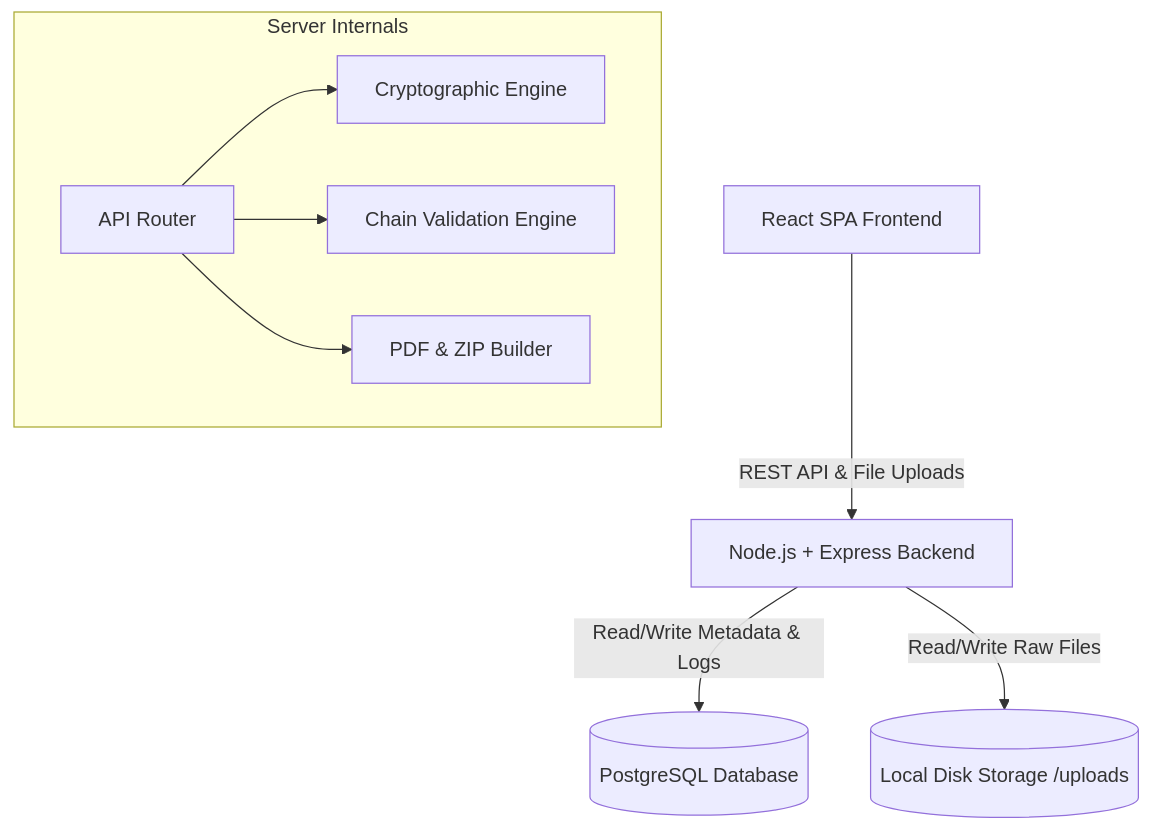
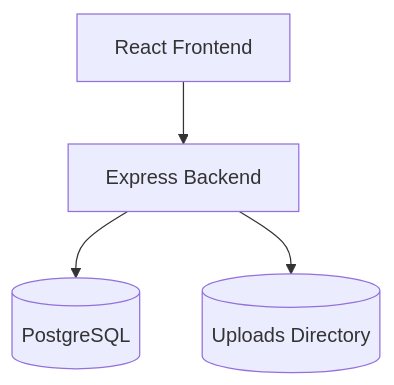
Before and after one commit to Jayaditya-kushwah/TRACE: the diagram in specs/001-trace/plan.md, drawn with Mermaid. The commit also changed other lines of this file and 25 other files, not shown here.

````diff
--- a/specs/001-trace/plan.md
+++ b/specs/001-trace/plan.md
@@ -7,17 +72,11 @@
 ```mermaid
 graph TD
-    Client[React SPA Frontend] -->|REST API & File Uploads| Server[Node.js + Express Backend]
-    Server -->|Read/Write Metadata & Logs| DB[(PostgreSQL Database)]
-    Server -->|Read/Write Raw Files| Disk[(Local Disk Storage /uploads)]
-    
-    subgraph Server Internals
-        API[API Router]
-        Cryp[Cryptographic Engine]
-        Val[Chain Validation Engine]
-        Rep[PDF & ZIP Builder]
-        
-        API --> Cryp
-        API --> Val
-        API --> Rep
-    end
+    Client[React Frontend]
+    API[Express Backend]
+    DB[(PostgreSQL)]
+    FS[(Uploads Directory)]
+
+    Client --> API
+    API --> DB
+    API --> FS
 ```
````
